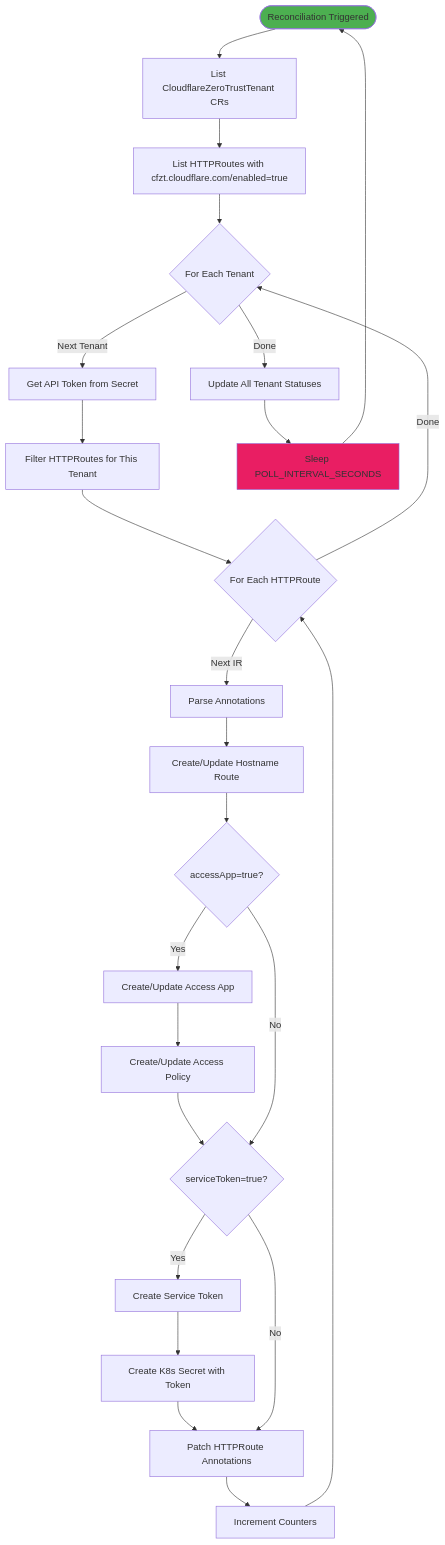
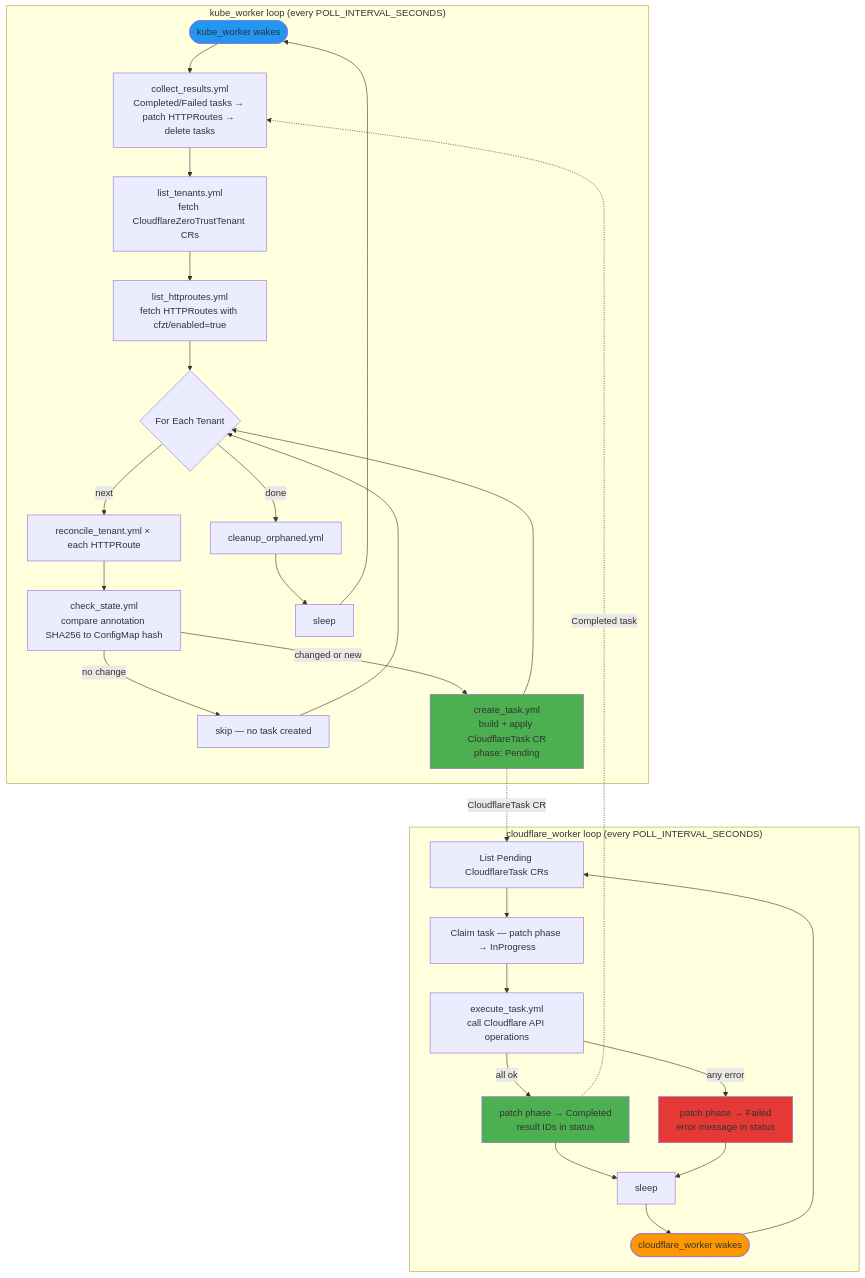
Before and after one commit to wheetazlab/cloudflare-zero-trust-operator: the tenth of 17 diagrams in docs/architecture.md, drawn with Mermaid. The commit also changed other lines of this file and 1 other file, not shown here.

````diff
--- a/docs/architecture.md
+++ b/docs/architecture.md
@@ -695,41 +714,38 @@
 ```mermaid
 flowchart TD
-    START([Reconciliation Triggered]) --> LIST_TENANTS[List CloudflareZeroTrustTenant CRs]
-    LIST_TENANTS --> LIST_IR[List HTTPRoutes with cfzt.cloudflare.com/enabled=true]
-    
-    LIST_IR --> TENANT_LOOP{For Each Tenant}
-    
-    TENANT_LOOP -->|Next Tenant| GET_CREDS[Get API Token from Secret]
-    TENANT_LOOP -->|Done| UPDATE_STATUS[Update All Tenant Statuses]
-    
-    GET_CREDS --> FILTER_IR[Filter HTTPRoutes for This Tenant]
-    
-    FILTER_IR --> IR_LOOP{For Each HTTPRoute}
-    
-    IR_LOOP -->|Next IR| PARSE_ANNO[Parse Annotations]
-    IR_LOOP -->|Done| TENANT_LOOP
-    
-    PARSE_ANNO --> HOSTNAME[Create/Update Hostname Route]
-    HOSTNAME --> ACCESS_CHECK{accessApp=true?}
-    
-    ACCESS_CHECK -->|Yes| CREATE_APP[Create/Update Access App]
-    CREATE_APP --> CREATE_POLICY[Create/Update Access Policy]
-    CREATE_POLICY --> TOKEN_CHECK{serviceToken=true?}
-    
-    ACCESS_CHECK -->|No| TOKEN_CHECK
-    
-    TOKEN_CHECK -->|Yes| CREATE_TOKEN[Create Service Token]
-    CREATE_TOKEN --> CREATE_SECRET[Create K8s Secret with Token]
-    CREATE_SECRET --> PATCH_IR[Patch HTTPRoute Annotations]
-    
-    TOKEN_CHECK -->|No| PATCH_IR
-    
-    PATCH_IR --> INCREMENT[Increment Counters]
-    INCREMENT --> IR_LOOP
-    
-    UPDATE_STATUS --> SLEEP[Sleep POLL_INTERVAL_SECONDS]
-    SLEEP --> START
-    
-    style START fill:#4CAF50
-    style SLEEP fill:#E91E63
+    subgraph KW["kube_worker loop (every POLL_INTERVAL_SECONDS)"]
+        KW_START([kube_worker wakes]) --> COLLECT[collect_results.yml<br/>Completed/Failed tasks → patch HTTPRoutes → delete tasks]
+        COLLECT --> LIST_T[list_tenants.yml<br/>fetch CloudflareZeroTrustTenant CRs]
+        LIST_T --> LIST_HR[list_httproutes.yml<br/>fetch HTTPRoutes with cfzt/enabled=true]
+        LIST_HR --> TENANT_LOOP{For Each Tenant}
+        TENANT_LOOP -->|next| RECONCILE[reconcile_tenant.yml × each HTTPRoute]
+        RECONCILE --> CHECK[check_state.yml<br/>compare annotation SHA256 to ConfigMap hash]
+        CHECK -->|no change| SKIP[skip — no task created]
+        CHECK -->|changed or new| CREATE_TASK[create_task.yml<br/>build + apply CloudflareTask CR<br/>phase: Pending]
+        SKIP --> TENANT_LOOP
+        CREATE_TASK --> TENANT_LOOP
+        TENANT_LOOP -->|done| CLEANUP[cleanup_orphaned.yml]
+        CLEANUP --> KW_SLEEP[sleep]
+        KW_SLEEP --> KW_START
+    end
+
+    subgraph CW["cloudflare_worker loop (every POLL_INTERVAL_SECONDS)"]
+        CW_START([cloudflare_worker wakes]) --> FIND_TASKS[List Pending CloudflareTask CRs]
+        FIND_TASKS --> CLAIM[Claim task — patch phase → InProgress]
+        CLAIM --> EXEC[execute_task.yml<br/>call Cloudflare API operations]
+        EXEC -->|all ok| COMPLETE[patch phase → Completed<br/>result IDs in status]
+        EXEC -->|any error| FAILED[patch phase → Failed<br/>error message in status]
+        COMPLETE --> CW_SLEEP[sleep]
+        FAILED --> CW_SLEEP
+        CW_SLEEP --> CW_START
+    end
+
+    CREATE_TASK -.CloudflareTask CR.-> FIND_TASKS
+    COMPLETE -.Completed task.-> COLLECT
+
+    style KW_START fill:#2196F3
+    style CW_START fill:#FF9800
+    style CREATE_TASK fill:#4CAF50
+    style COMPLETE fill:#4CAF50
+    style FAILED fill:#E53935
 ```
````
